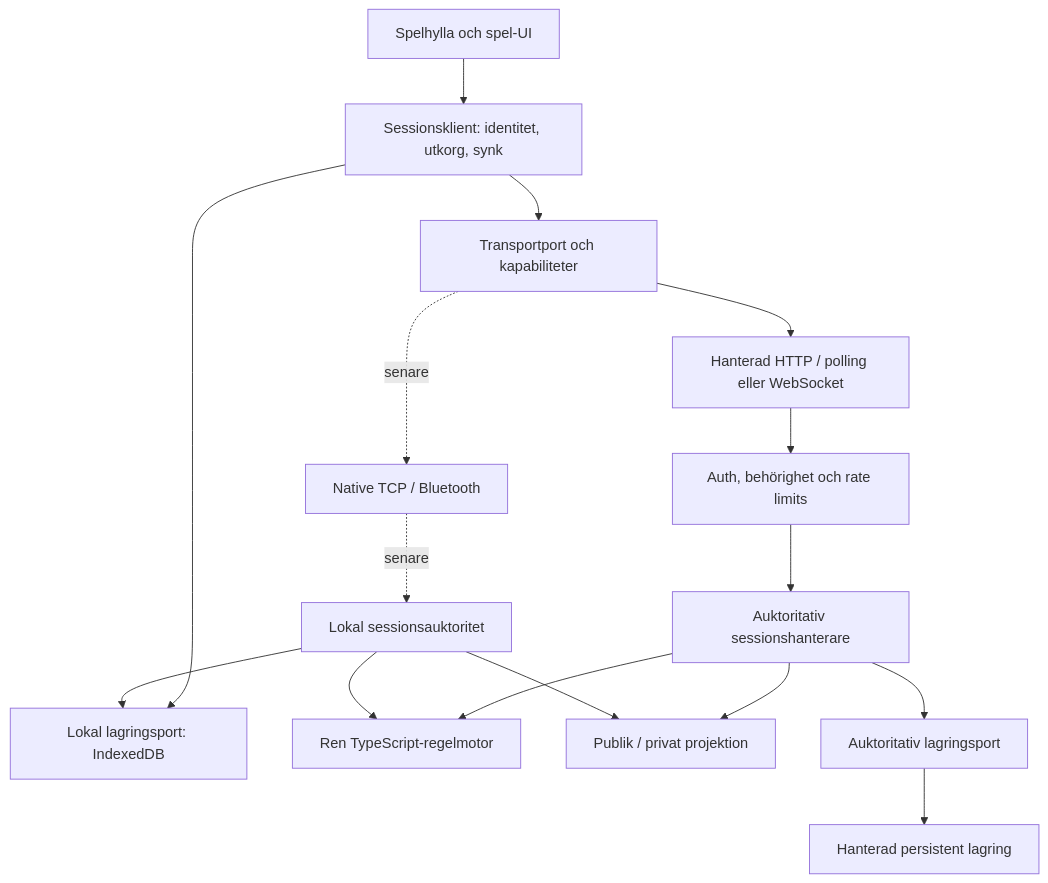
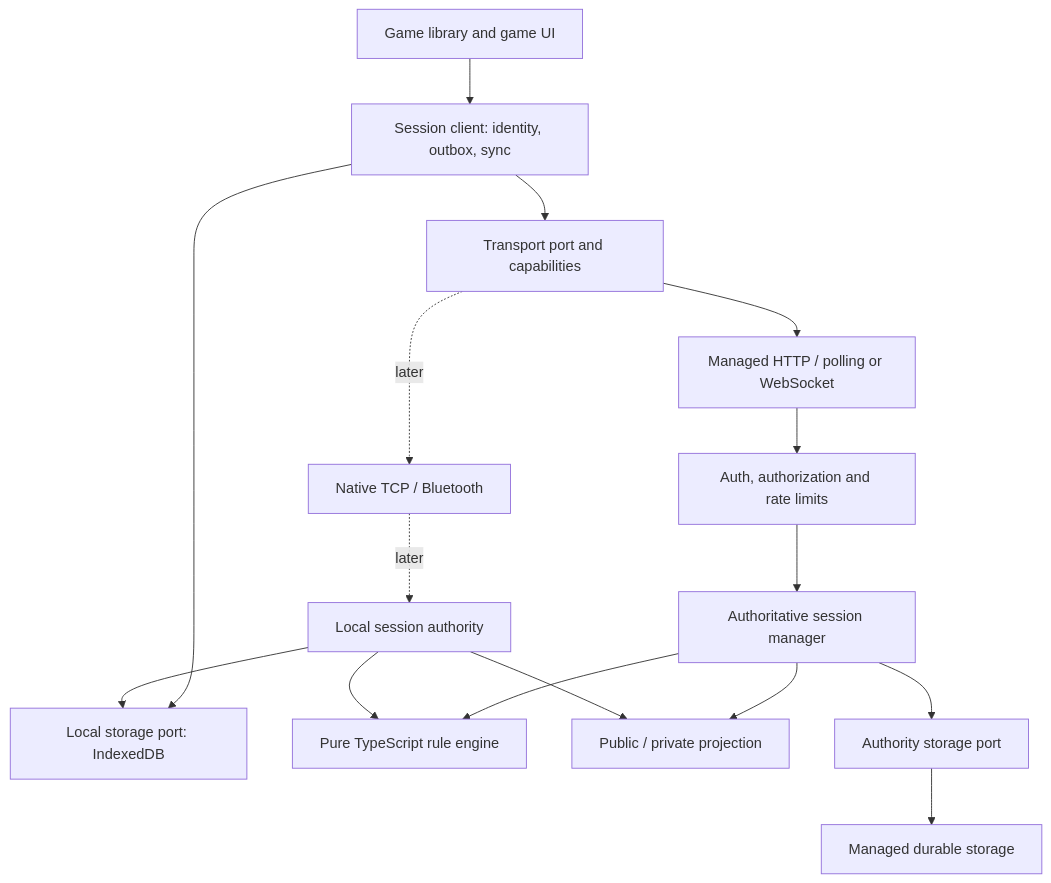
One commit to stefanavesand/OpenCatan changed the first of 5 diagrams in docs/HLD.md. Above: the diagram before and after it, drawn with Mermaid. The commit also changed other lines of this file and 25 other files, not shown here.

````diff
--- a/docs/HLD.md
+++ b/docs/HLD.md
@@ -21,18 +21,18 @@
 ```mermaid
 flowchart TB
-  UI[Spelhylla och spel-UI] --> Client[Sessionsklient: identitet, utkorg, synk]
-  Client --> LocalStore[Lokal lagringsport: IndexedDB]
-  Client --> Transport[Transportport och kapabiliteter]
-  Transport --> HTTP[Hanterad HTTP / polling eller WebSocket]
-  Transport -. senare .-> Native[Native TCP / Bluetooth]
-  HTTP --> Gate[Auth, behörighet och rate limits]
-  Gate --> Authority[Auktoritativ sessionshanterare]
-  Authority --> Engine[Ren TypeScript-regelmotor]
-  Authority --> Projection[Publik / privat projektion]
-  Authority --> Store[Auktoritativ lagringsport]
-  Store --> ManagedDB[Hanterad persistent lagring]
-  Native -. senare .-> LocalAuthority[Lokal sessionsauktoritet]
+  UI[Game library and game UI] --> Client[Session client: identity, outbox, sync]
+  Client --> LocalStore[Local storage port: IndexedDB]
+  Client --> Transport[Transport port and capabilities]
+  Transport --> HTTP[Managed HTTP / polling or WebSocket]
+  Transport -. later .-> Native[Native TCP / Bluetooth]
+  HTTP --> Gate[Auth, authorization and rate limits]
+  Gate --> Authority[Authoritative session manager]
+  Authority --> Engine[Pure TypeScript rule engine]
+  Authority --> Projection[Public / private projection]
+  Authority --> Store[Authority storage port]
+  Store --> ManagedDB[Managed durable storage]
+  Native -. later .-> LocalAuthority[Local session authority]
   LocalAuthority --> Engine
   LocalAuthority --> Projection
   LocalAuthority --> LocalStore
 ```
````
